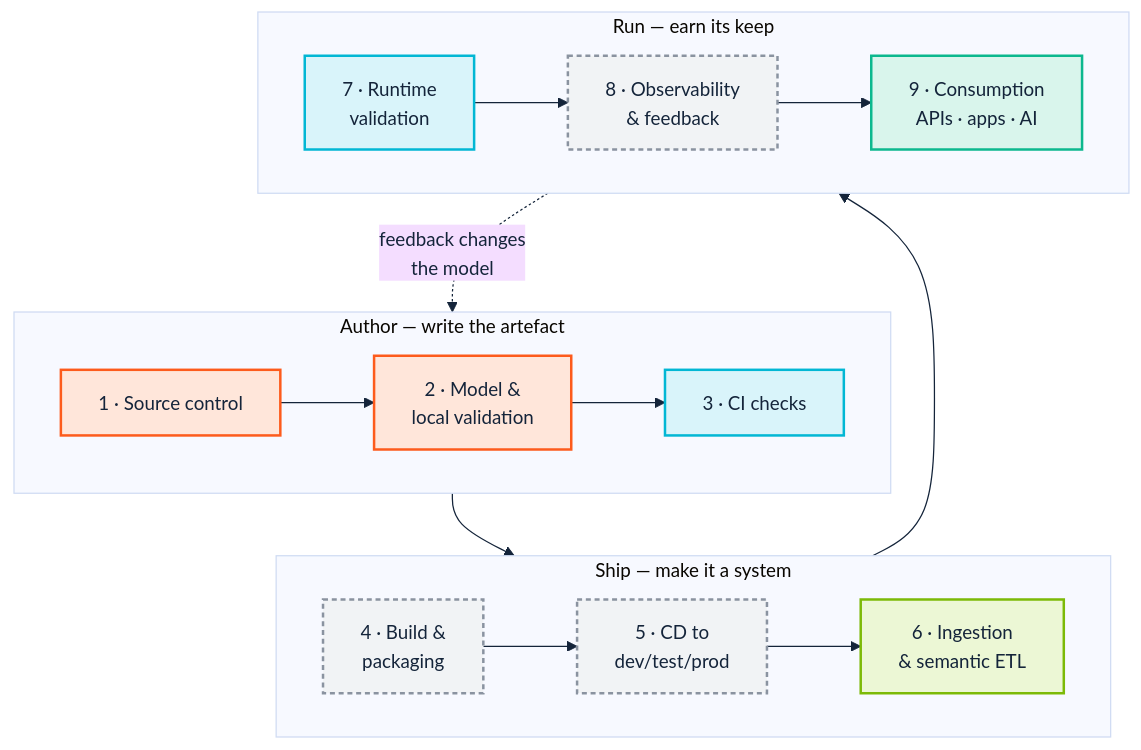
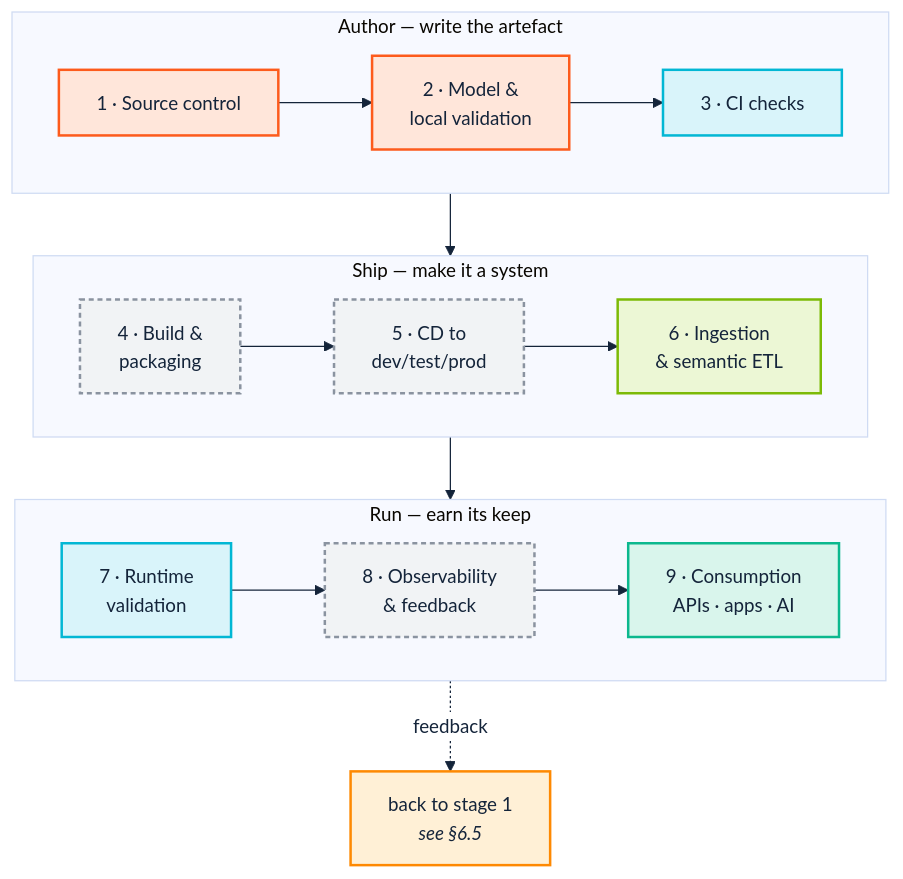
The first of 3 diagrams in docs/06-stages-and-stories.md (pwin/SemOpsManual), drawn with Mermaid before and after one commit. The commit also changed other lines of this file and 23 other files, not shown here.

````diff
--- a/docs/06-stages-and-stories.md
+++ b/docs/06-stages-and-stories.md
@@ -28,30 +28,34 @@
 ```mermaid
 %%{init: {'theme':'base','themeVariables':{
   'fontSize':'15px','fontFamily':'Segoe UI, Helvetica, Arial, sans-serif',
-  'lineColor':'#14243A','primaryTextColor':'#14243A'}}}%%
+  'lineColor':'#14243A','primaryTextColor':'#14243A',
+  'edgeLabelBackground':'#FFFFFF'}}}%%
 flowchart TD
     subgraph AUTHOR["Author — write the artefact"]
         direction LR
         S1["1 · Source control"] --> S2["2 · Model &<br/>local validation"] --> S3["3 · CI checks"]
     end
 
     subgraph SHIP["Ship — make it a system"]
         direction LR
         S4["4 · Build &<br/>packaging"] --> S5["5 · CD to<br/>dev/test/prod"] --> S6["6 · Ingestion<br/>& semantic ETL"]
     end
 
     subgraph RUN["Run — earn its keep"]
         direction LR
         S7["7 · Runtime<br/>validation"] --> S8["8 · Observability<br/>& feedback"] --> S9["9 · Consumption<br/>APIs · apps · AI"]
     end
 
-    AUTHOR --> SHIP --> RUN
-    RUN -. "feedback changes<br/>the model" .-> AUTHOR
+    S3 --> S4
+    S6 --> S7
+    S9 -. "feedback" .-> LOOP["back to stage 1<br/><i>see §6.5</i>"]
 
     classDef human fill:#FFE6DA,stroke:#FD5B1C,stroke-width:2px,color:#14243A;
     classDef ci fill:#D9F4FA,stroke:#02B7D4,stroke-width:2px,color:#14243A;
     classDef data fill:#ECF7D5,stroke:#7CBA07,stroke-width:2px,color:#14243A;
     classDef ops fill:#D9F5EC,stroke:#0CB88E,stroke-width:2px,color:#14243A;
     classDef gap fill:#F1F3F5,stroke:#8A93A0,stroke-width:2px,color:#14243A,stroke-dasharray:4 3;
+    classDef govern fill:#FFF0D6,stroke:#FE8902,stroke-width:2px,color:#14243A;
     class S1,S2 human; class S3 ci; class S4,S5 gap; class S6 data; class S7 ci; class S8 gap; class S9 ops;
+    class LOOP govern;
 ```
````
